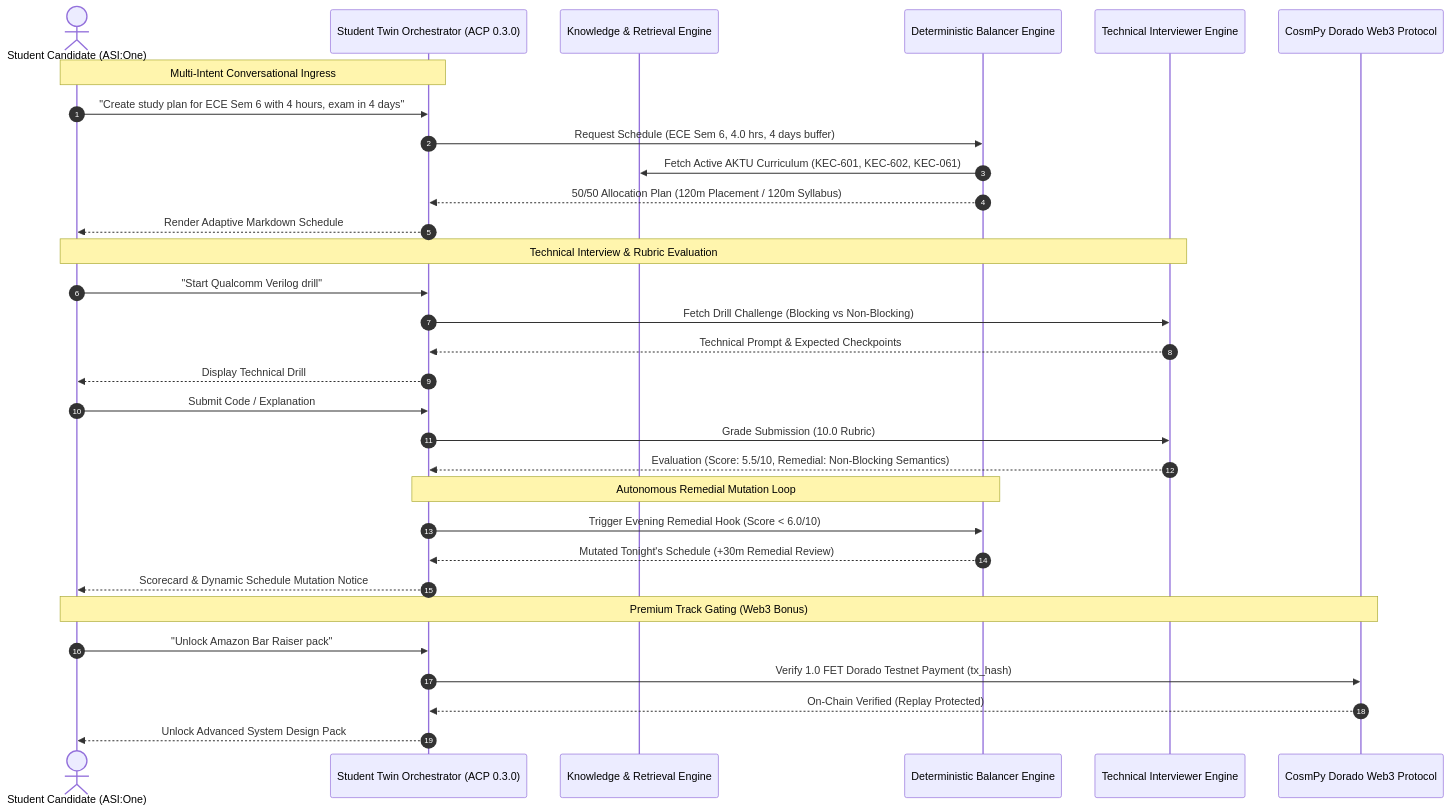
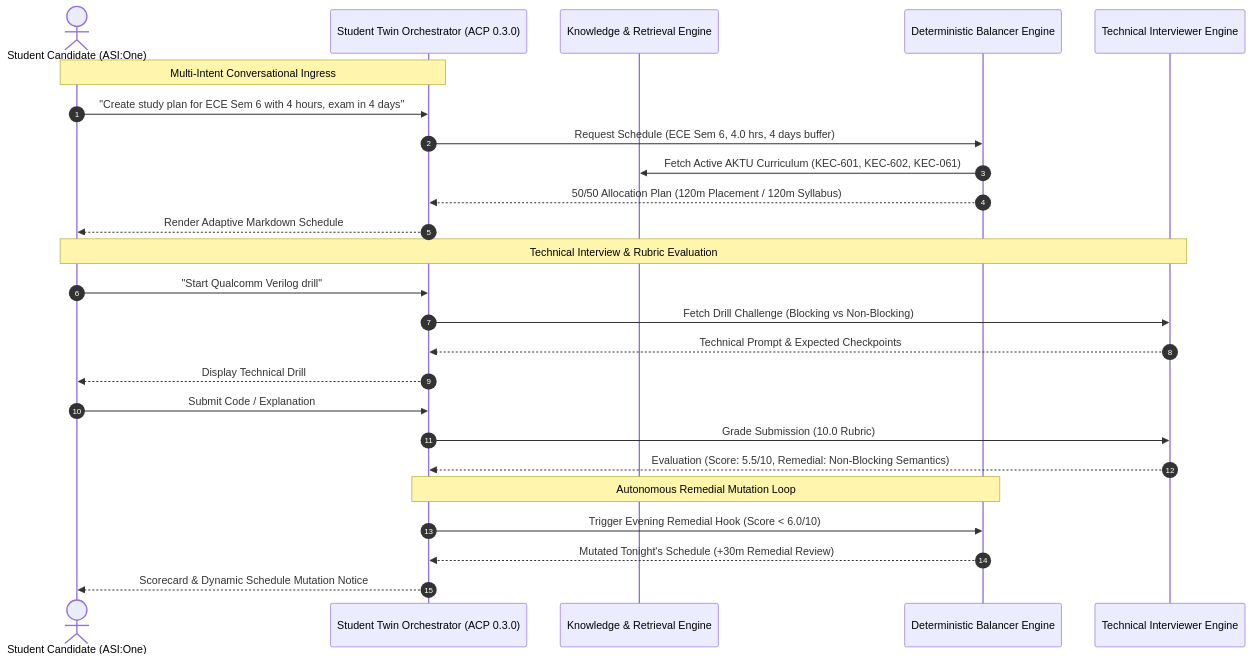
The diagram in README.md (gangasagar5928/Campus_Mate-AI), drawn with Mermaid before and after one commit. The commit also changed other lines of this file and 16 other files, not shown here.

Commit message:
refactor(cleanup): remove docker configs, remove payment protocol and cosmpy dependency

````diff
--- a/README.md
+++ b/README.md
@@ -36,37 +35,30 @@
 ```mermaid
 sequenceDiagram
     autonumber
     actor Student as Student Candidate (ASI:One)
     participant Twin as Student Twin Orchestrator (ACP 0.3.0)
     participant RAG as Knowledge & Retrieval Engine
     participant Balancer as Deterministic Balancer Engine
     participant Interviewer as Technical Interviewer Engine
-    participant Payment as CosmPy Dorado Web3 Protocol
 
     Note over Student,Twin: Multi-Intent Conversational Ingress
     Student->>Twin: "Create study plan for ECE Sem 6 with 4 hours, exam in 4 days"
     Twin->>Balancer: Request Schedule (ECE Sem 6, 4.0 hrs, 4 days buffer)
     Balancer->>RAG: Fetch Active AKTU Curriculum (KEC-601, KEC-602, KEC-061)
     Balancer-->>Twin: 50/50 Allocation Plan (120m Placement / 120m Syllabus)
     Twin-->>Student: Render Adaptive Markdown Schedule
 
     Note over Student,Interviewer: Technical Interview & Rubric Evaluation
     Student->>Twin: "Start Qualcomm Verilog drill"
     Twin->>Interviewer: Fetch Drill Challenge (Blocking vs Non-Blocking)
     Interviewer-->>Twin: Technical Prompt & Expected Checkpoints
     Twin-->>Student: Display Technical Drill
     Student->>Twin: Submit Code / Explanation
     Twin->>Interviewer: Grade Submission (10.0 Rubric)
     Interviewer-->>Twin: Evaluation (Score: 5.5/10, Remedial: Non-Blocking Semantics)
     
     Note over Twin,Balancer: Autonomous Remedial Mutation Loop
     Twin->>Balancer: Trigger Evening Remedial Hook (Score < 6.0/10)
     Balancer-->>Twin: Mutated Tonight's Schedule (+30m Remedial Review)
     Twin-->>Student: Scorecard & Dynamic Schedule Mutation Notice
-
-    Note over Student,Payment: Premium Track Gating (Web3 Bonus)
-    Student->>Twin: "Unlock Amazon Bar Raiser pack"
-    Twin->>Payment: Verify 1.0 FET Dorado Testnet Payment (tx_hash)
-    Payment-->>Twin: On-Chain Verified (Replay Protected)
-    Twin-->>Student: Unlock Advanced System Design Pack
 ```
````
